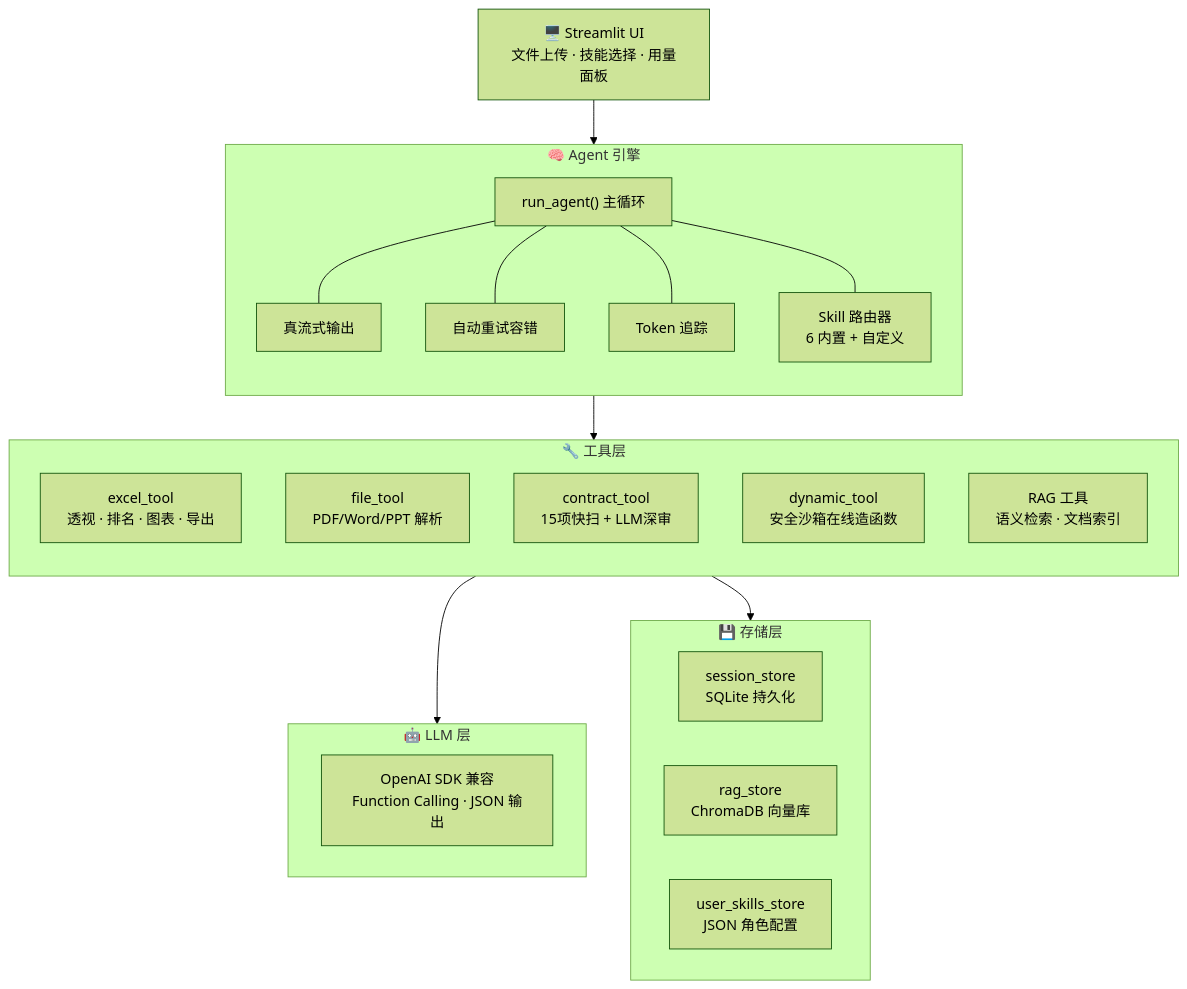
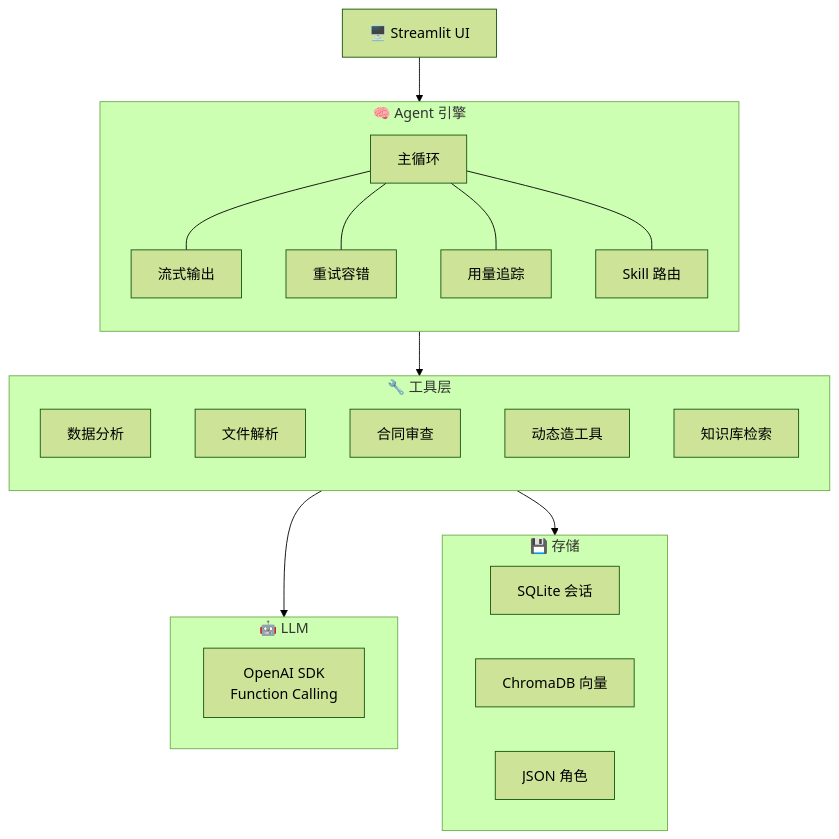
One commit to LijingJim/J-AEIS changed the first of 2 diagrams in README.md. Above: the diagram before and after it, drawn with Mermaid (forest theme). The commit also changed other lines of this file, not shown here.

Commit message:
docs: 精简图表文字，缩小Mermaid渲染尺寸

````diff
--- a/README.md
+++ b/README.md
@@ -36,44 +36,40 @@
 ```mermaid
 graph TB
-    UI["🖥️ Streamlit UI<br/>文件上传 · 技能选择 · 用量面板"]
+    UI["🖥️ Streamlit UI"]
 
     UI --> Agent
 
     subgraph Agent["🧠 Agent 引擎"]
         direction TB
-        Loop["run_agent() 主循环"]
-        Stream["真流式输出"]
-        Retry["自动重试容错"]
-        Track["Token 追踪"]
-        Skill["Skill 路由器<br/>6 内置 + 自定义"]
-        Loop --- Stream
-        Loop --- Retry
-        Loop --- Track
-        Loop --- Skill
+        Loop["主循环"]
+        Stream["流式输出"]
+        Retry["重试容错"]
+        Track["用量追踪"]
+        Skill["Skill 路由"]
+        Loop --- Stream & Retry & Track & Skill
     end
 
     Agent --> Tools
 
     subgraph Tools["🔧 工具层"]
         direction TB
-        Excel["excel_tool<br/>透视 · 排名 · 图表 · 导出"]
-        File["file_tool<br/>PDF/Word/PPT 解析"]
-        Contract["contract_tool<br/>15项快扫 + LLM深审"]
-        Dynamic["dynamic_tool<br/>安全沙箱在线造函数"]
-        RAG["RAG 工具<br/>语义检索 · 文档索引"]
+        Excel["数据分析"]
+        File["文件解析"]
+        Contract["合同审查"]
+        Dynamic["动态造工具"]
+        RAG["知识库检索"]
     end
 
     Tools --> LLM
     Tools --> Storage
 
-    subgraph Storage["💾 存储层"]
-        direction LR
-        Session["session_store<br/>SQLite 持久化"]
-        Vector["rag_store<br/>ChromaDB 向量库"]
-        USkill["user_skills_store<br/>JSON 角色配置"]
+    subgraph Storage["💾 存储"]
+        Session["SQLite 会话"]
+        Vector["ChromaDB 向量"]
+        USkill["JSON 角色"]
     end
 
-    subgraph LLM["🤖 LLM 层"]
-        API["OpenAI SDK 兼容<br/>Function Calling · JSON 输出"]
+    subgraph LLM["🤖 LLM"]
+        API["OpenAI SDK<br/>Function Calling"]
     end
 ```
````
